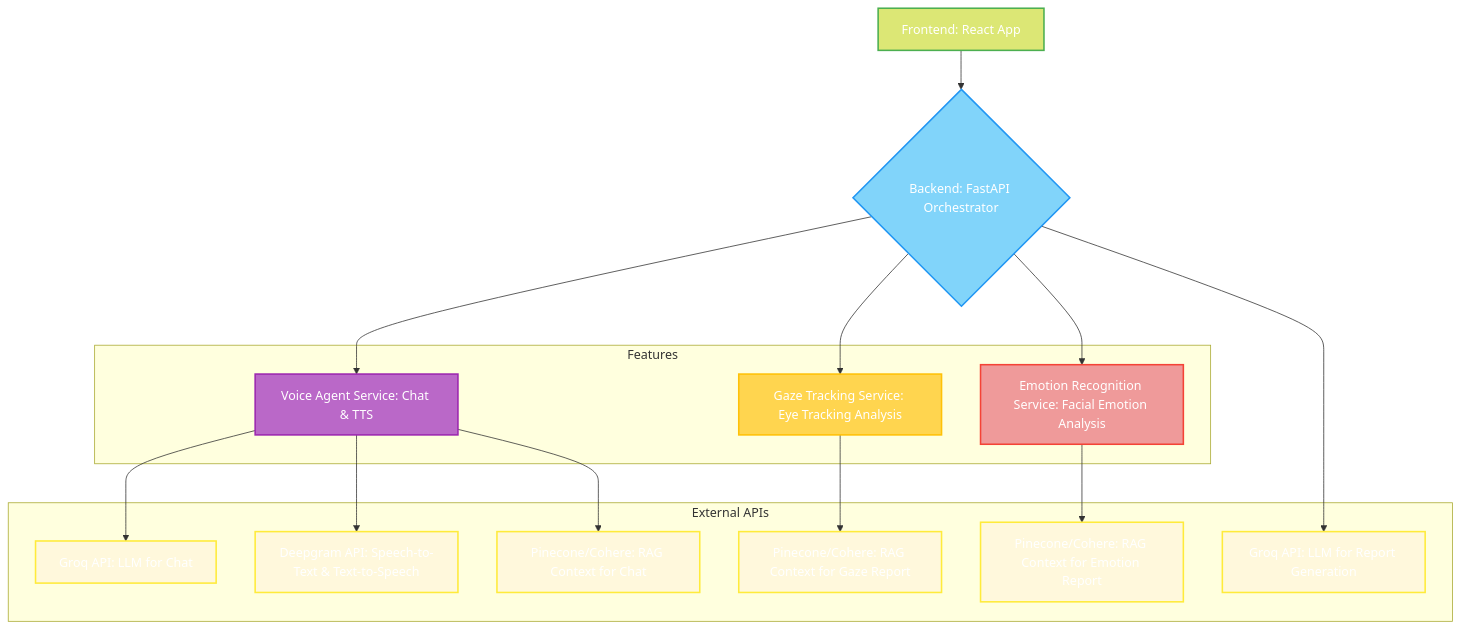
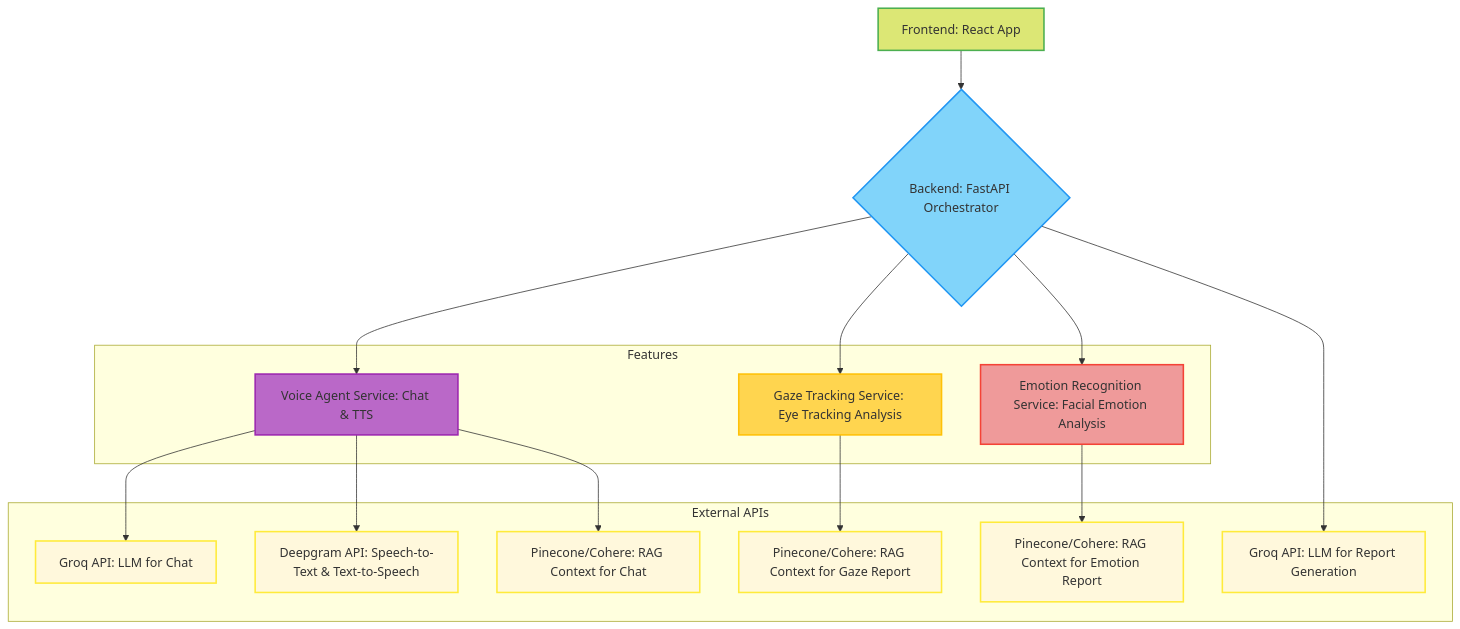
The first of 3 diagrams in backend/README.md (MeriemTerki/PsycheAI), drawn with Mermaid before and after one commit. The commit also changed other lines of this file, not shown here.

````diff
--- a/backend/README.md
+++ b/backend/README.md
@@ -9,41 +9,41 @@
 ```mermaid
 graph TD
     A[Frontend: React App] --> B{Backend: FastAPI Orchestrator}
     B --> C[Voice Agent Service: Chat & TTS]
     B --> D[Gaze Tracking Service: Eye Tracking Analysis]
     B --> E[Emotion Recognition Service: Facial Emotion Analysis]
     C --> F[Groq API: LLM for Chat]
     B --> G[Groq API: LLM for Report Generation]
     C --> H[Deepgram API: Speech-to-Text & Text-to-Speech]
     C --> I[Pinecone/Cohere: RAG Context for Chat]
     D --> J[Pinecone/Cohere: RAG Context for Gaze Report]
     E --> K[Pinecone/Cohere: RAG Context for Emotion Report]
 
     subgraph Features
         C
         D
         E
     end
 
     subgraph External APIs
         F
         G
         H
         I
         J
         K
     end
 
-    style A fill:#DCE775,stroke:#4CAF50,stroke-width:2px,color:#FFFFFF
-    style B fill:#81D4FA,stroke:#2196F3,stroke-width:2px,color:#FFFFFF
-    style C fill:#BA68C8,stroke:#9C27B0,stroke-width:2px,color:#FFFFFF
-    style D fill:#FFD54F,stroke:#FFC107,stroke-width:2px,color:#FFFFFF
-    style E fill:#EF9A9A,stroke:#F44336,stroke-width:2px,color:#FFFFFF
-    style F fill:#FFF8DC,stroke:#FFEB3B,stroke-width:2px,color:#FFFFFF
-    style G fill:#FFF8DC,stroke:#FFEB3B,stroke-width:2px,color:#FFFFFF
-    style H fill:#FFF8DC,stroke:#FFEB3B,stroke-width:2px,color:#FFFFFF
-    style I fill:#FFF8DC,stroke:#FFEB3B,stroke-width:2px,color:#FFFFFF
-    style J fill:#FFF8DC,stroke:#FFEB3B,stroke-width:2px,color:#FFFFFF
-    style K fill:#FFF8DC,stroke:#FFEB3B,stroke-width:2px,color:#FFFFFF
+    style A fill:#DCE775,stroke:#4CAF50,stroke-width:2px
+    style B fill:#81D4FA,stroke:#2196F3,stroke-width:2px
+    style C fill:#BA68C8,stroke:#9C27B0,stroke-width:2px
+    style D fill:#FFD54F,stroke:#FFC107,stroke-width:2px
+    style E fill:#EF9A9A,stroke:#F44336,stroke-width:2px
+    style F fill:#FFF8DC,stroke:#FFEB3B,stroke-width:2px
+    style G fill:#FFF8DC,stroke:#FFEB3B,stroke-width:2px
+    style H fill:#FFF8DC,stroke:#FFEB3B,stroke-width:2px
+    style I fill:#FFF8DC,stroke:#FFEB3B,stroke-width:2px
+    style J fill:#FFF8DC,stroke:#FFEB3B,stroke-width:2px
+    style K fill:#FFF8DC,stroke:#FFEB3B,stroke-width:2px
 
 ```
````
